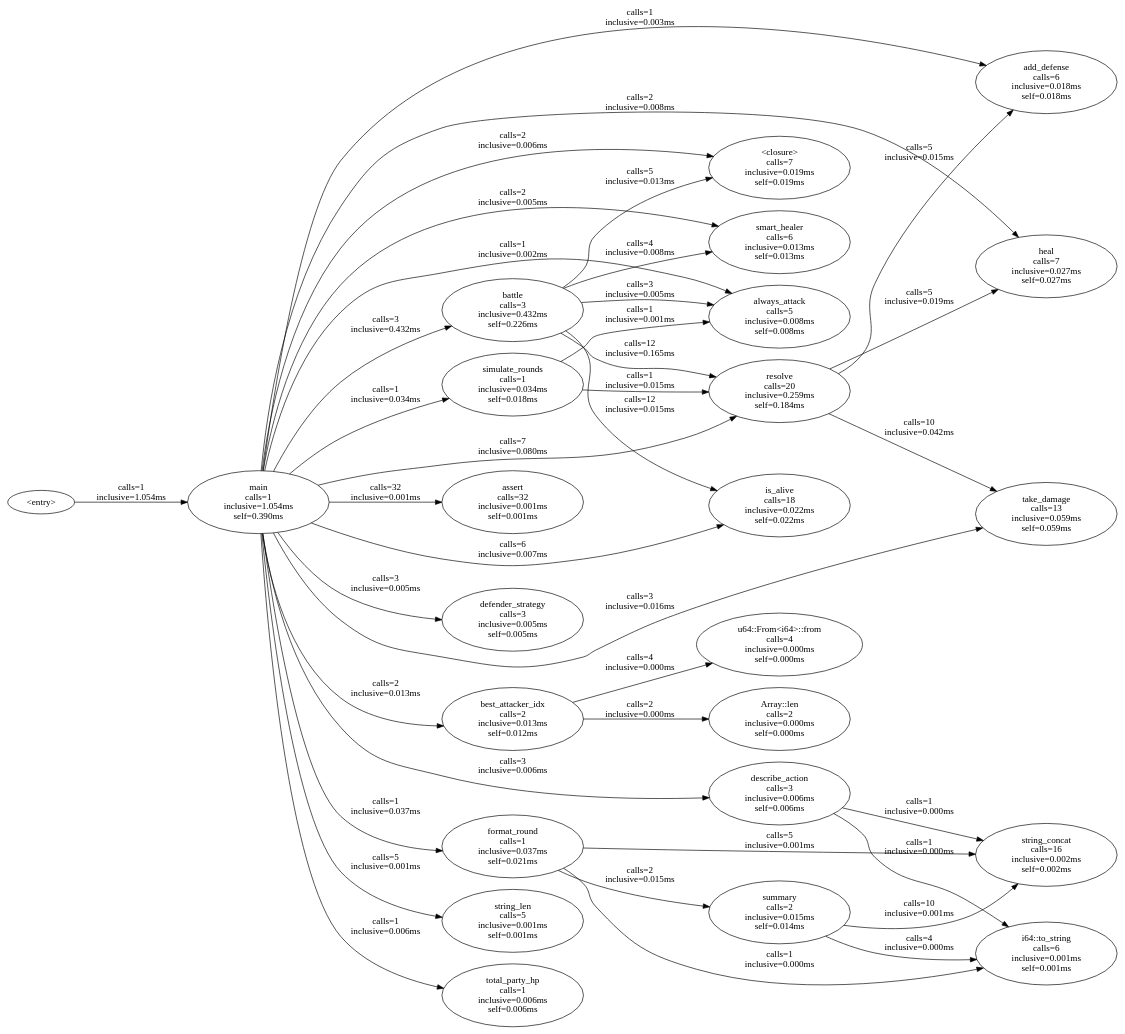
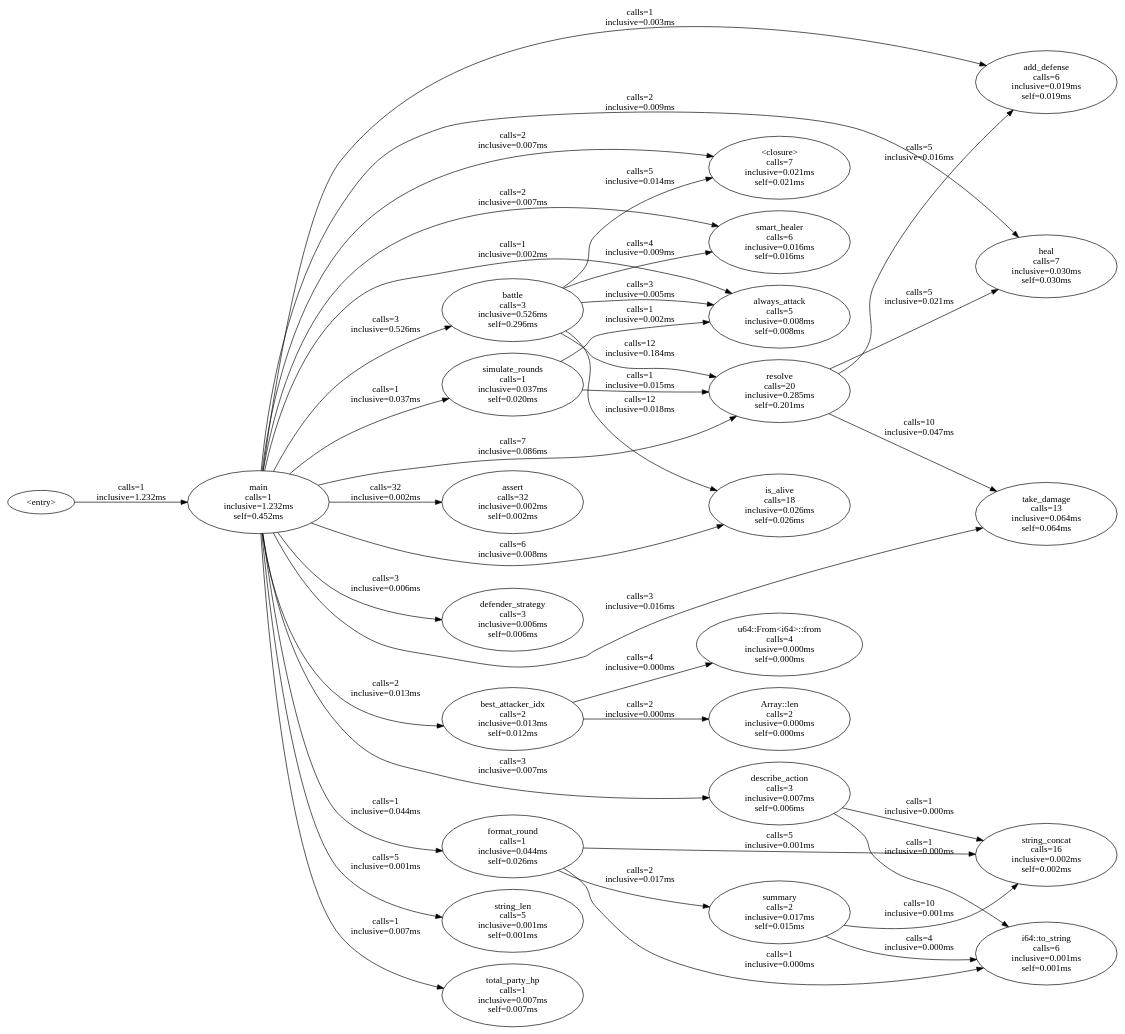
Before and after one commit to gust-lang/gust: the diagram in metel-interpreter/docs/benchmarks/v0.8.2-evaluator-integration/int_02_battle.mtl.callgraph.dot, drawn with Graphviz. The commit also changed 30 other files, not shown here.

```diff
--- a/metel-interpreter/docs/benchmarks/v0.8.2-evaluator-integration/int_02_battle.mtl.callgraph.dot
+++ b/metel-interpreter/docs/benchmarks/v0.8.2-evaluator-integration/int_02_battle.mtl.callgraph.dot
@@ -1,63 +1,63 @@
 digraph metel_callgraph {
   rankdir=LR;
-  "<closure>" [label="<closure>\ncalls=7\ninclusive=0.019ms\nself=0.019ms"];
+  "<closure>" [label="<closure>\ncalls=7\ninclusive=0.021ms\nself=0.021ms"];
   "Array::len" [label="Array::len\ncalls=2\ninclusive=0.000ms\nself=0.000ms"];
-  "add_defense" [label="add_defense\ncalls=6\ninclusive=0.018ms\nself=0.018ms"];
+  "add_defense" [label="add_defense\ncalls=6\ninclusive=0.019ms\nself=0.019ms"];
   "always_attack" [label="always_attack\ncalls=5\ninclusive=0.008ms\nself=0.008ms"];
-  "assert" [label="assert\ncalls=32\ninclusive=0.001ms\nself=0.001ms"];
-  "battle" [label="battle\ncalls=3\ninclusive=0.432ms\nself=0.226ms"];
+  "assert" [label="assert\ncalls=32\ninclusive=0.002ms\nself=0.002ms"];
+  "battle" [label="battle\ncalls=3\ninclusive=0.526ms\nself=0.296ms"];
   "best_attacker_idx" [label="best_attacker_idx\ncalls=2\ninclusive=0.013ms\nself=0.012ms"];
-  "defender_strategy" [label="defender_strategy\ncalls=3\ninclusive=0.005ms\nself=0.005ms"];
-  "describe_action" [label="describe_action\ncalls=3\ninclusive=0.006ms\nself=0.006ms"];
-  "format_round" [label="format_round\ncalls=1\ninclusive=0.037ms\nself=0.021ms"];
-  "heal" [label="heal\ncalls=7\ninclusive=0.027ms\nself=0.027ms"];
+  "defender_strategy" [label="defender_strategy\ncalls=3\ninclusive=0.006ms\nself=0.006ms"];
+  "describe_action" [label="describe_action\ncalls=3\ninclusive=0.007ms\nself=0.006ms"];
+  "format_round" [label="format_round\ncalls=1\ninclusive=0.044ms\nself=0.026ms"];
+  "heal" [label="heal\ncalls=7\ninclusive=0.030ms\nself=0.030ms"];
   "i64::to_string" [label="i64::to_string\ncalls=6\ninclusive=0.001ms\nself=0.001ms"];
-  "is_alive" [label="is_alive\ncalls=18\ninclusive=0.022ms\nself=0.022ms"];
-  "main" [label="main\ncalls=1\ninclusive=1.054ms\nself=0.390ms"];
-  "resolve" [label="resolve\ncalls=20\ninclusive=0.259ms\nself=0.184ms"];
-  "simulate_rounds" [label="simulate_rounds\ncalls=1\ninclusive=0.034ms\nself=0.018ms"];
-  "smart_healer" [label="smart_healer\ncalls=6\ninclusive=0.013ms\nself=0.013ms"];
+  "is_alive" [label="is_alive\ncalls=18\ninclusive=0.026ms\nself=0.026ms"];
+  "main" [label="main\ncalls=1\ninclusive=1.232ms\nself=0.452ms"];
+  "resolve" [label="resolve\ncalls=20\ninclusive=0.285ms\nself=0.201ms"];
+  "simulate_rounds" [label="simulate_rounds\ncalls=1\ninclusive=0.037ms\nself=0.020ms"];
+  "smart_healer" [label="smart_healer\ncalls=6\ninclusive=0.016ms\nself=0.016ms"];
   "string_concat" [label="string_concat\ncalls=16\ninclusive=0.002ms\nself=0.002ms"];
   "string_len" [label="string_len\ncalls=5\ninclusive=0.001ms\nself=0.001ms"];
-  "summary" [label="summary\ncalls=2\ninclusive=0.015ms\nself=0.014ms"];
-  "take_damage" [label="take_damage\ncalls=13\ninclusive=0.059ms\nself=0.059ms"];
-  "total_party_hp" [label="total_party_hp\ncalls=1\ninclusive=0.006ms\nself=0.006ms"];
+  "summary" [label="summary\ncalls=2\ninclusive=0.017ms\nself=0.015ms"];
+  "take_damage" [label="take_damage\ncalls=13\ninclusive=0.064ms\nself=0.064ms"];
+  "total_party_hp" [label="total_party_hp\ncalls=1\ninclusive=0.007ms\nself=0.007ms"];
   "u64::From<i64>::from" [label="u64::From<i64>::from\ncalls=4\ninclusive=0.000ms\nself=0.000ms"];
-  "<entry>" -> "main" [label="calls=1\ninclusive=1.054ms"];
-  "battle" -> "<closure>" [label="calls=5\ninclusive=0.013ms"];
+  "<entry>" -> "main" [label="calls=1\ninclusive=1.232ms"];
+  "battle" -> "<closure>" [label="calls=5\ninclusive=0.014ms"];
   "battle" -> "always_attack" [label="calls=3\ninclusive=0.005ms"];
-  "battle" -> "is_alive" [label="calls=12\ninclusive=0.015ms"];
-  "battle" -> "resolve" [label="calls=12\ninclusive=0.165ms"];
-  "battle" -> "smart_healer" [label="calls=4\ninclusive=0.008ms"];
+  "battle" -> "is_alive" [label="calls=12\ninclusive=0.018ms"];
+  "battle" -> "resolve" [label="calls=12\ninclusive=0.184ms"];
+  "battle" -> "smart_healer" [label="calls=4\ninclusive=0.009ms"];
   "best_attacker_idx" -> "Array::len" [label="calls=2\ninclusive=0.000ms"];
   "best_attacker_idx" -> "u64::From<i64>::from" [label="calls=4\ninclusive=0.000ms"];
   "describe_action" -> "i64::to_string" [label="calls=1\ninclusive=0.000ms"];
   "describe_action" -> "string_concat" [label="calls=1\ninclusive=0.000ms"];
   "format_round" -> "i64::to_string" [label="calls=1\ninclusive=0.000ms"];
   "format_round" -> "string_concat" [label="calls=5\ninclusive=0.001ms"];
-  "format_round" -> "summary" [label="calls=2\ninclusive=0.015ms"];
-  "main" -> "<closure>" [label="calls=2\ninclusive=0.006ms"];
+  "format_round" -> "summary" [label="calls=2\ninclusive=0.017ms"];
+  "main" -> "<closure>" [label="calls=2\ninclusive=0.007ms"];
   "main" -> "add_defense" [label="calls=1\ninclusive=0.003ms"];
   "main" -> "always_attack" [label="calls=1\ninclusive=0.002ms"];
-  "main" -> "assert" [label="calls=32\ninclusive=0.001ms"];
-  "main" -> "battle" [label="calls=3\ninclusive=0.432ms"];
+  "main" -> "assert" [label="calls=32\ninclusive=0.002ms"];
+  "main" -> "battle" [label="calls=3\ninclusive=0.526ms"];
   "main" -> "best_attacker_idx" [label="calls=2\ninclusive=0.013ms"];
-  "main" -> "defender_strategy" [label="calls=3\ninclusive=0.005ms"];
-  "main" -> "describe_action" [label="calls=3\ninclusive=0.006ms"];
-  "main" -> "format_round" [label="calls=1\ninclusive=0.037ms"];
-  "main" -> "heal" [label="calls=2\ninclusive=0.008ms"];
-  "main" -> "is_alive" [label="calls=6\ninclusive=0.007ms"];
-  "main" -> "resolve" [label="calls=7\ninclusive=0.080ms"];
-  "main" -> "simulate_rounds" [label="calls=1\ninclusive=0.034ms"];
-  "main" -> "smart_healer" [label="calls=2\ninclusive=0.005ms"];
+  "main" -> "defender_strategy" [label="calls=3\ninclusive=0.006ms"];
+  "main" -> "describe_action" [label="calls=3\ninclusive=0.007ms"];
+  "main" -> "format_round" [label="calls=1\ninclusive=0.044ms"];
+  "main" -> "heal" [label="calls=2\ninclusive=0.009ms"];
+  "main" -> "is_alive" [label="calls=6\ninclusive=0.008ms"];
+  "main" -> "resolve" [label="calls=7\ninclusive=0.086ms"];
+  "main" -> "simulate_rounds" [label="calls=1\ninclusive=0.037ms"];
+  "main" -> "smart_healer" [label="calls=2\ninclusive=0.007ms"];
   "main" -> "string_len" [label="calls=5\ninclusive=0.001ms"];
   "main" -> "take_damage" [label="calls=3\ninclusive=0.016ms"];
-  "main" -> "total_party_hp" [label="calls=1\ninclusive=0.006ms"];
-  "resolve" -> "add_defense" [label="calls=5\ninclusive=0.015ms"];
-  "resolve" -> "heal" [label="calls=5\ninclusive=0.019ms"];
-  "resolve" -> "take_damage" [label="calls=10\ninclusive=0.042ms"];
-  "simulate_rounds" -> "always_attack" [label="calls=1\ninclusive=0.001ms"];
+  "main" -> "total_party_hp" [label="calls=1\ninclusive=0.007ms"];
+  "resolve" -> "add_defense" [label="calls=5\ninclusive=0.016ms"];
+  "resolve" -> "heal" [label="calls=5\ninclusive=0.021ms"];
+  "resolve" -> "take_damage" [label="calls=10\ninclusive=0.047ms"];
+  "simulate_rounds" -> "always_attack" [label="calls=1\ninclusive=0.002ms"];
   "simulate_rounds" -> "resolve" [label="calls=1\ninclusive=0.015ms"];
   "summary" -> "i64::to_string" [label="calls=4\ninclusive=0.000ms"];
   "summary" -> "string_concat" [label="calls=10\ninclusive=0.001ms"];
 }
```
